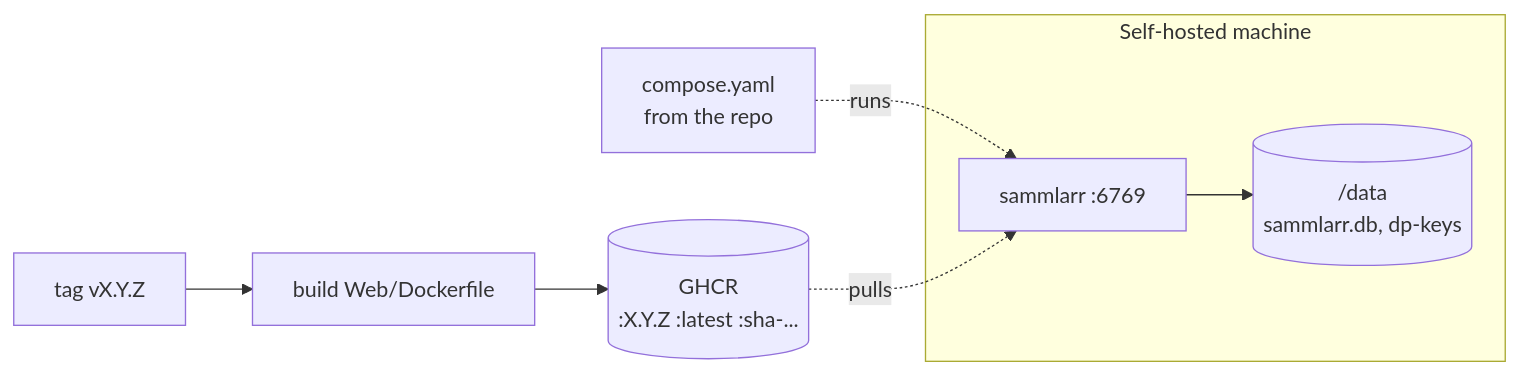
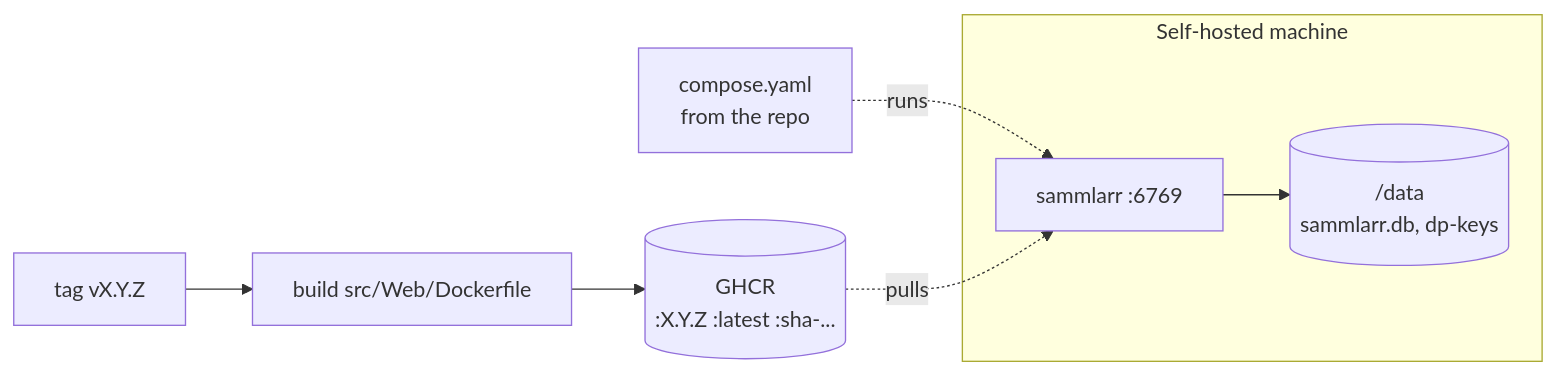
The second of 2 diagrams in docs/architecture/sections/05-deployment.md (daerup/Sammlarr), drawn with Mermaid before and after one commit. The commit also changed other lines of this file and 2555 other files, not shown here.

````diff
--- a/docs/architecture/sections/05-deployment.md
+++ b/docs/architecture/sections/05-deployment.md
@@ -64,11 +64,11 @@
 ```mermaid
 flowchart LR
-  tag["tag vX.Y.Z"] --> build["build Web/Dockerfile"]
+  tag["tag vX.Y.Z"] --> build["build src/Web/Dockerfile"]
   build --> ghcr[("GHCR<br/>:X.Y.Z :latest :sha-...")]
   compose["compose.yaml<br/>from the repo"]
   subgraph server["Self-hosted machine"]
     web["sammlarr :6769"] --> vol[("/data<br/>sammlarr.db, dp-keys")]
   end
   compose -.->|runs| web
   ghcr -.->|pulls| web
 ```
````
